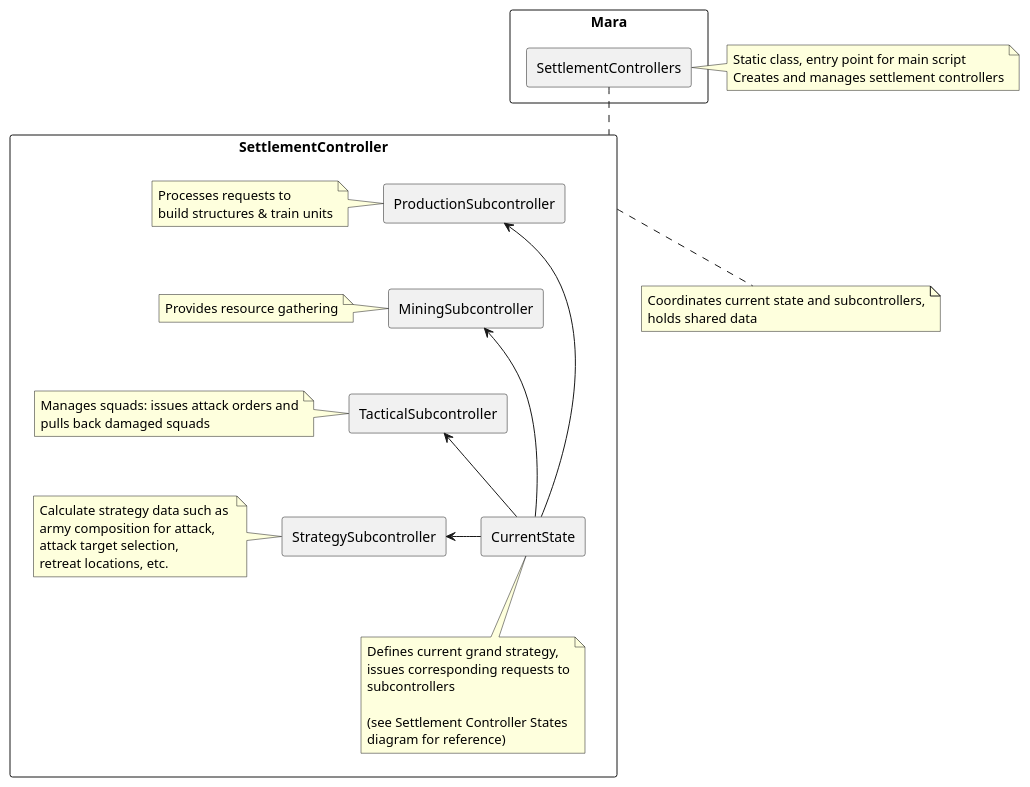
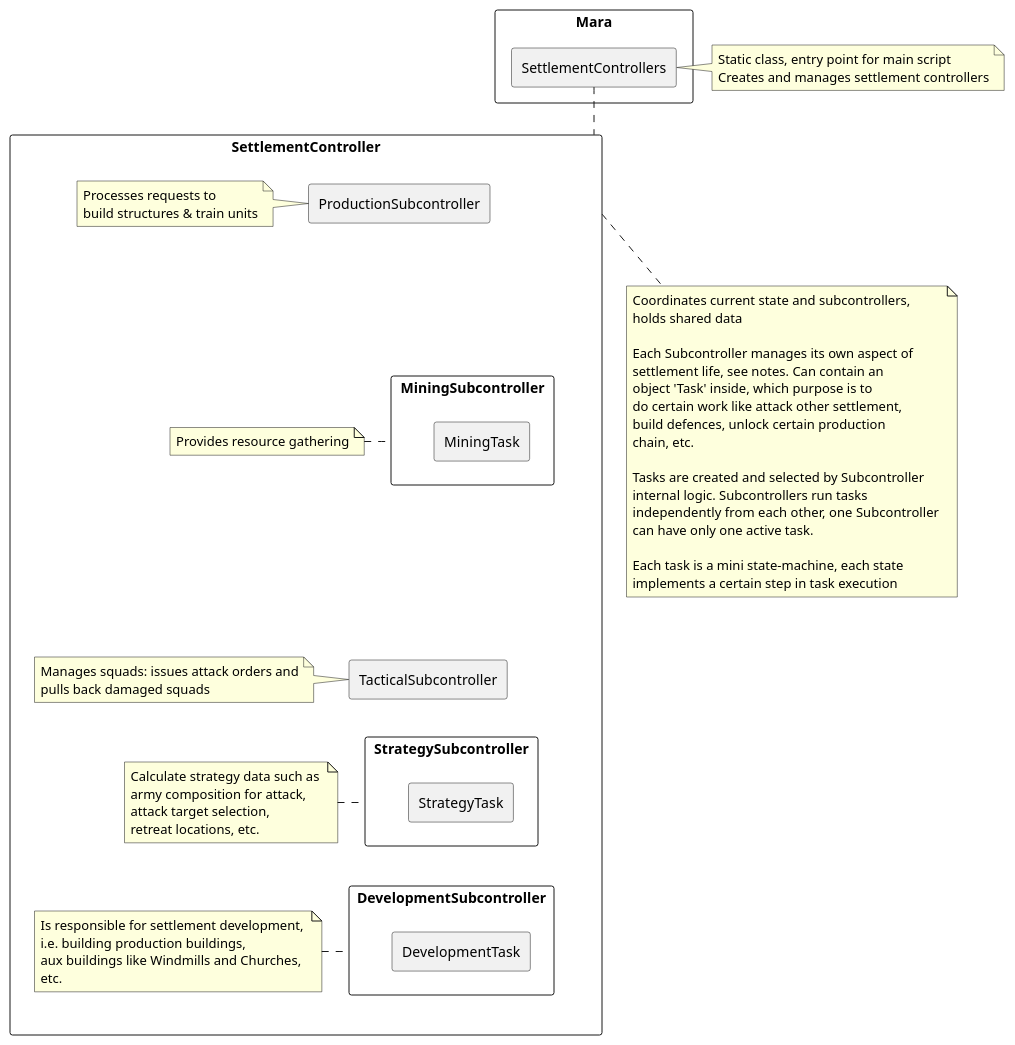
Before and after one commit to HordeResurrection/HordeScripts: the diagram in Mods/Mara/Docs/Architecture.puml, drawn with PlantUML. The commit also changed 35 other files, not shown here.

```diff
--- a/Mods/Mara/Docs/Architecture.puml
+++ b/Mods/Mara/Docs/Architecture.puml
@@ -1,68 +1,87 @@
 @startuml architecture
 
 skinparam ComponentStyle rectangle
 
 component Mara {
     component SettlementControllers
 }
 
 note right
 Static class, entry point for main script
 Creates and manages settlement controllers
 end note
 
 component SettlementController {
     component ProductionSubcontroller
+
     note left of ProductionSubcontroller
     Processes requests to 
     build structures & train units
     end note
 
-    component MiningSubcontroller
+    component MiningSubcontroller{
+        component MiningTask
+    }
+
     note left of MiningSubcontroller
     Provides resource gathering
     end note
 
     component TacticalSubcontroller
+    
     note left of TacticalSubcontroller
     Manages squads: issues attack orders and
     pulls back damaged squads
     end note
 
-    component StrategySubcontroller
+    component StrategySubcontroller{
+        component StrategyTask
+    }
+
     note left of StrategySubcontroller
     Calculate strategy data such as 
     army composition for attack,
     attack target selection, 
     retreat locations, etc.
     end note
 
+    component DevelopmentSubcontroller {
+        component DevelopmentTask
+    }
+
+    note left of DevelopmentSubcontroller
+    Is responsible for settlement development, 
+    i.e. building production buildings,
+    aux buildings like Windmills and Churches,
+    etc.
+    end note
+
     ProductionSubcontroller -[hidden]down-> MiningSubcontroller
     MiningSubcontroller -[hidden]down-> TacticalSubcontroller
     TacticalSubcontroller -[hidden]down-> StrategySubcontroller
-
-    component CurrentState
-    
-    note bottom of CurrentState
-    Defines current grand strategy,
-    issues corresponding requests to
-    subcontrollers
-
-    (see Settlement Controller States
-    diagram for reference)
-    end note
-
-    CurrentState -left-> ProductionSubcontroller
-    CurrentState -left-> MiningSubcontroller
-    CurrentState -left-> TacticalSubcontroller
-    CurrentState -left-> StrategySubcontroller
+    StrategySubcontroller -[hidden]down-> DevelopmentSubcontroller
 }
 
 note bottom of SettlementController
 Coordinates current state and subcontrollers,
 holds shared data
+
+Each Subcontroller manages its own aspect of
+settlement life, see notes. Can contain an
+object 'Task' inside, which purpose is to
+do certain work like attack other settlement,
+build defences, unlock certain production
+chain, etc.
+
+Tasks are created and selected by Subcontroller
+internal logic. Subcontrollers run tasks 
+independently from each other, one Subcontroller 
+can have only one active task.
+
+Each task is a mini state-machine, each state
+implements a certain step in task execution
 end note
 
 SettlementControllers .down. SettlementController
 
 @enduml
```
